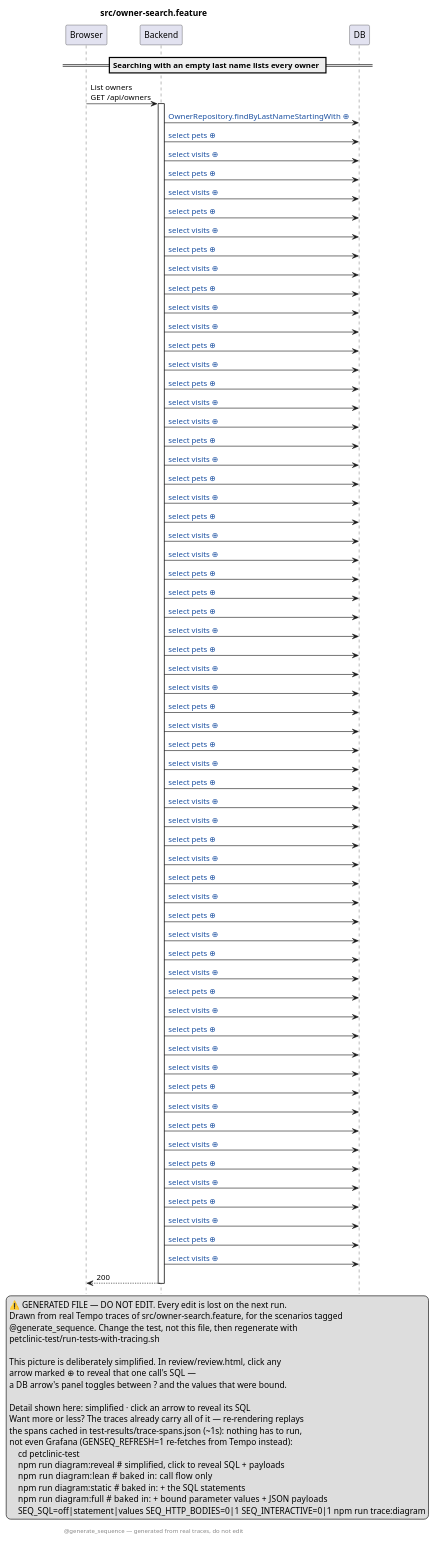
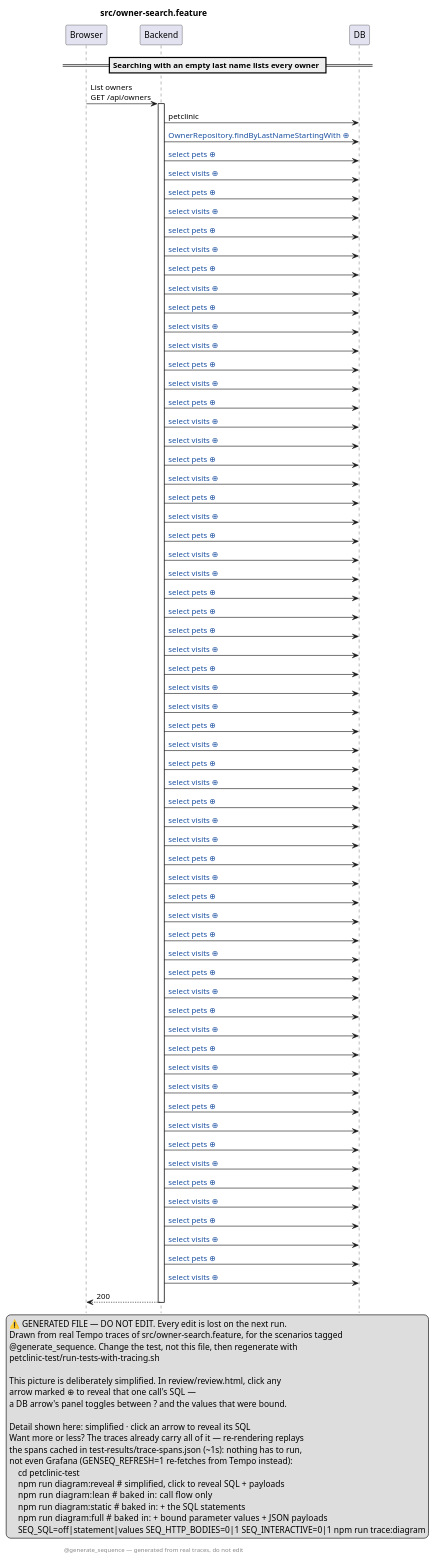
Before and after one commit to victorrentea/petclinic: the diagram in petclinic-test/src/owner-search.feature.genseq.puml, drawn with PlantUML. The commit also changed 2 other files, not shown here.

```diff
--- a/petclinic-test/src/owner-search.feature.genseq.puml
+++ b/petclinic-test/src/owner-search.feature.genseq.puml
@@ -1,98 +1,99 @@
 @startuml
 ' ⚠️  GENERATED FILE — DO NOT EDIT. Every edit is lost on the next run.
 hide footbox
 skinparam hyperlinkUnderline false
 skinparam hyperlinkColor #1A4FA0
 title src/owner-search.feature
 legend right
   ⚠️  GENERATED FILE — DO NOT EDIT. Every edit is lost on the next run.
   Drawn from real Tempo traces of src/owner-search.feature, for the scenarios tagged
   @generate_sequence. Change the test, not this file, then regenerate with
   petclinic-test/run-tests-with-tracing.sh
  
   This picture is deliberately simplified. In review/review.html, click any
   arrow marked ⊕ to reveal that one call's SQL —
   a DB arrow's panel toggles between ? and the values that were bound.
  
   Detail shown here: simplified · click an arrow to reveal its SQL
   Want more or less? The traces already carry all of it — re-rendering replays
   the spans cached in test-results/trace-spans.json (~1s): nothing has to run,
   not even Grafana (GENSEQ_REFRESH=1 re-fetches from Tempo instead):
       cd petclinic-test
       npm run diagram:reveal  # simplified, click to reveal SQL + payloads
       npm run diagram:lean    # baked in: call flow only
       npm run diagram:static  # baked in: + the SQL statements
       npm run diagram:full    # baked in: + bound parameter values + JSON payloads
       SEQ_SQL=off|statement|values SEQ_HTTP_BODIES=0|1 SEQ_INTERACTIVE=0|1 npm run trace:diagram
 end legend
 footer @generate_sequence — generated from real traces, do not edit
 participant Browser
 participant Backend
 participant DB
 == Searching with an empty last name lists every owner ==
 Browser -> Backend: List owners\nGET /api/owners
 activate Backend
+Backend -> DB: petclinic
 Backend -> DB: [[genseq://1aoufu2{Click for the statement behind this call} OwnerRepository.findByLastNameStartingWith ⊕]]
 Backend -> DB: [[genseq://1hjadar{Click for the statement behind this call} select pets ⊕]]
 Backend -> DB: [[genseq://1cdku0l{Click for the statement behind this call} select visits ⊕]]
 Backend -> DB: [[genseq://1ywvbwm{Click for the statement behind this call} select pets ⊕]]
 Backend -> DB: [[genseq://0d1jj9s{Click for the statement behind this call} select visits ⊕]]
 Backend -> DB: [[genseq://0zrdtil{Click for the statement behind this call} select pets ⊕]]
 Backend -> DB: [[genseq://11orrff{Click for the statement behind this call} select visits ⊕]]
 Backend -> DB: [[genseq://1e02kqw{Click for the statement behind this call} select pets ⊕]]
 Backend -> DB: [[genseq://1vijc0e{Click for the statement behind this call} select visits ⊕]]
 Backend -> DB: [[genseq://1afgvsf{Click for the statement behind this call} select pets ⊕]]
 Backend -> DB: [[genseq://1g0ncac{Click for the statement behind this call} select visits ⊕]]
 Backend -> DB: [[genseq://1dje28p{Click for the statement behind this call} select visits ⊕]]
 Backend -> DB: [[genseq://05qnn6q{Click for the statement behind this call} select pets ⊕]]
 Backend -> DB: [[genseq://0ko7c1b{Click for the statement behind this call} select visits ⊕]]
 Backend -> DB: [[genseq://04yaot5{Click for the statement behind this call} select pets ⊕]]
 Backend -> DB: [[genseq://0g653ka{Click for the statement behind this call} select visits ⊕]]
 Backend -> DB: [[genseq://17b1f4y{Click for the statement behind this call} select visits ⊕]]
 Backend -> DB: [[genseq://0j0trn8{Click for the statement behind this call} select pets ⊕]]
 Backend -> DB: [[genseq://16xt6fr{Click for the statement behind this call} select visits ⊕]]
 Backend -> DB: [[genseq://0qutb9k{Click for the statement behind this call} select pets ⊕]]
 Backend -> DB: [[genseq://005pv1s{Click for the statement behind this call} select visits ⊕]]
 Backend -> DB: [[genseq://0ow5hm5{Click for the statement behind this call} select pets ⊕]]
 Backend -> DB: [[genseq://1v91y5q{Click for the statement behind this call} select visits ⊕]]
 Backend -> DB: [[genseq://0jndtsl{Click for the statement behind this call} select visits ⊕]]
 Backend -> DB: [[genseq://1twjd9e{Click for the statement behind this call} select pets ⊕]]
 Backend -> DB: [[genseq://179pa5r{Click for the statement behind this call} select pets ⊕]]
 Backend -> DB: [[genseq://0spdoa4{Click for the statement behind this call} select pets ⊕]]
 Backend -> DB: [[genseq://112wt6j{Click for the statement behind this call} select visits ⊕]]
 Backend -> DB: [[genseq://1rv9amp{Click for the statement behind this call} select pets ⊕]]
 Backend -> DB: [[genseq://0s7bw5w{Click for the statement behind this call} select visits ⊕]]
 Backend -> DB: [[genseq://0q2g6ih{Click for the statement behind this call} select visits ⊕]]
 Backend -> DB: [[genseq://1vr3q9y{Click for the statement behind this call} select pets ⊕]]
 Backend -> DB: [[genseq://07widtu{Click for the statement behind this call} select visits ⊕]]
 Backend -> DB: [[genseq://11eqpar{Click for the statement behind this call} select pets ⊕]]
 Backend -> DB: [[genseq://1vvzxvz{Click for the statement behind this call} select visits ⊕]]
 Backend -> DB: [[genseq://0zn1he8{Click for the statement behind this call} select pets ⊕]]
 Backend -> DB: [[genseq://0nzx8gf{Click for the statement behind this call} select visits ⊕]]
 Backend -> DB: [[genseq://1hnj4n6{Click for the statement behind this call} select visits ⊕]]
 Backend -> DB: [[genseq://1yz2s51{Click for the statement behind this call} select pets ⊕]]
 Backend -> DB: [[genseq://106x3nx{Click for the statement behind this call} select visits ⊕]]
 Backend -> DB: [[genseq://1ui76yh{Click for the statement behind this call} select pets ⊕]]
 Backend -> DB: [[genseq://125n4x4{Click for the statement behind this call} select visits ⊕]]
 Backend -> DB: [[genseq://1wn2wlw{Click for the statement behind this call} select pets ⊕]]
 Backend -> DB: [[genseq://0p5qgoj{Click for the statement behind this call} select visits ⊕]]
 Backend -> DB: [[genseq://06hjrnf{Click for the statement behind this call} select pets ⊕]]
 Backend -> DB: [[genseq://1chbokm{Click for the statement behind this call} select visits ⊕]]
 Backend -> DB: [[genseq://10nowmm{Click for the statement behind this call} select pets ⊕]]
 Backend -> DB: [[genseq://1s8lcdt{Click for the statement behind this call} select visits ⊕]]
 Backend -> DB: [[genseq://1o34u8l{Click for the statement behind this call} select pets ⊕]]
 Backend -> DB: [[genseq://1xe5lsn{Click for the statement behind this call} select visits ⊕]]
 Backend -> DB: [[genseq://18kphn0{Click for the statement behind this call} select visits ⊕]]
 Backend -> DB: [[genseq://14lgvhs{Click for the statement behind this call} select pets ⊕]]
 Backend -> DB: [[genseq://1dn4wsq{Click for the statement behind this call} select visits ⊕]]
 Backend -> DB: [[genseq://0ccg4wn{Click for the statement behind this call} select pets ⊕]]
 Backend -> DB: [[genseq://1w0jtro{Click for the statement behind this call} select visits ⊕]]
 Backend -> DB: [[genseq://1klw40a{Click for the statement behind this call} select pets ⊕]]
 Backend -> DB: [[genseq://1tjajq1{Click for the statement behind this call} select visits ⊕]]
 Backend -> DB: [[genseq://1m8kh81{Click for the statement behind this call} select pets ⊕]]
 Backend -> DB: [[genseq://0chbrim{Click for the statement behind this call} select visits ⊕]]
 Backend -> DB: [[genseq://18567ho{Click for the statement behind this call} select pets ⊕]]
 Backend -> DB: [[genseq://13apewa{Click for the statement behind this call} select visits ⊕]]
 Backend --> Browser: 200
 deactivate Backend
 @enduml
```
